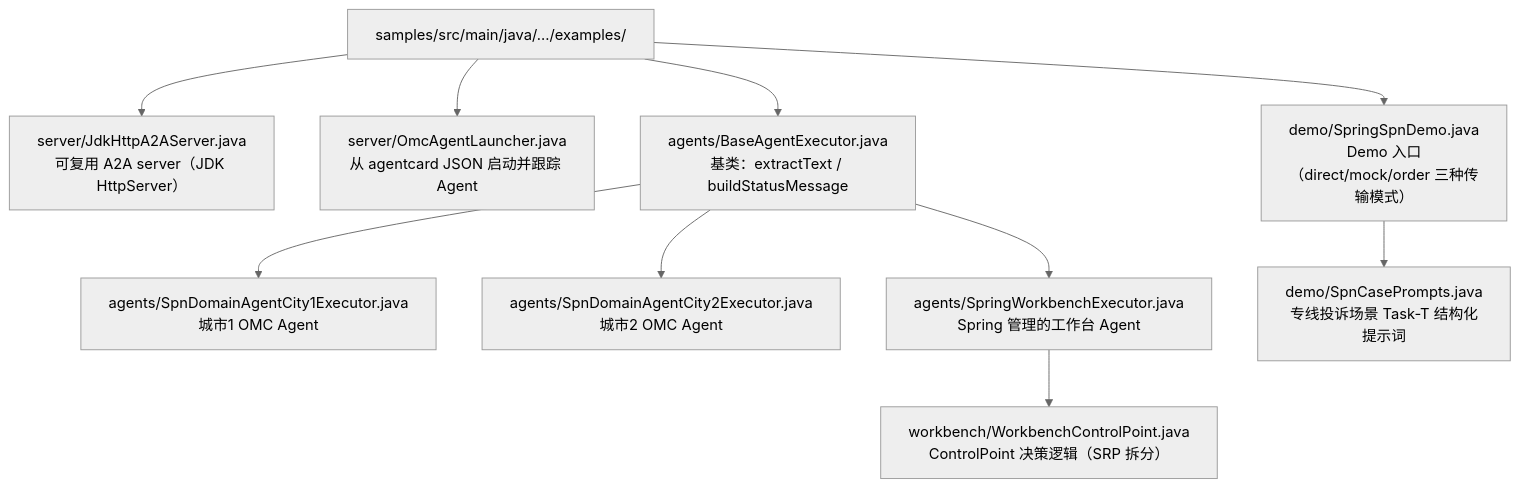
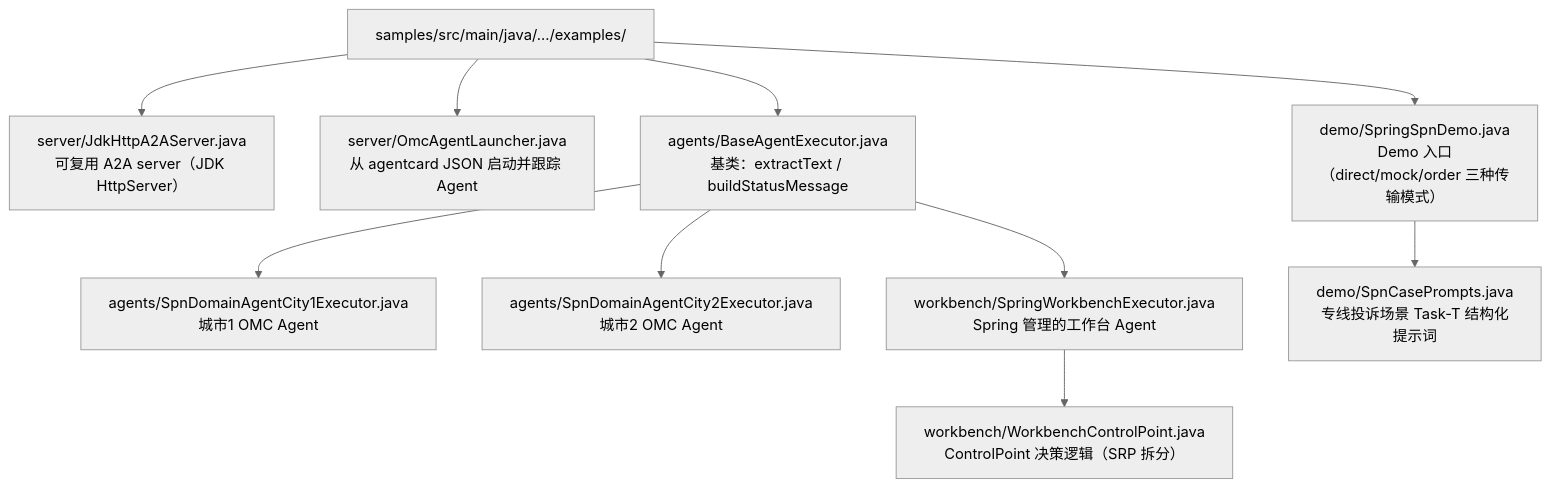
The diagram in samples/DESIGN-NOTES.md (Zhoujie628/workflow-engine-sdk-java), drawn with Mermaid (neutral theme) before and after one commit. The commit also changed 3 other files, not shown here.

First line of the commit message:
refactor(samples): move SpringWorkbenchExecutor to the workbench package

````diff
--- a/samples/DESIGN-NOTES.md
+++ b/samples/DESIGN-NOTES.md
@@ -18,18 +18,18 @@
 ```mermaid
 graph TD
     root["samples/src/main/java/.../examples/"]
     srv["server/JdkHttpA2AServer.java<br/>可复用 A2A server（JDK HttpServer）"]
     launch["server/OmcAgentLauncher.java<br/>从 agentcard JSON 启动并跟踪 Agent"]
     base["agents/BaseAgentExecutor.java<br/>基类：extractText / buildStatusMessage"]
     spn1["agents/SpnDomainAgentCity1Executor.java<br/>城市1 OMC Agent"]
     spn2["agents/SpnDomainAgentCity2Executor.java<br/>城市2 OMC Agent"]
-    wb["agents/SpringWorkbenchExecutor.java<br/>Spring 管理的工作台 Agent"]
+    wb["workbench/SpringWorkbenchExecutor.java<br/>Spring 管理的工作台 Agent"]
     cp["workbench/WorkbenchControlPoint.java<br/>ControlPoint 决策逻辑（SRP 拆分）"]
     prompts["demo/SpnCasePrompts.java<br/>专线投诉场景 Task-T 结构化提示词"]
     demo["demo/SpringSpnDemo.java<br/>Demo 入口（direct/mock/order 三种传输模式）"]
 
     root --> srv & launch & base & demo
     base --> spn1 & spn2 & wb
     demo --> prompts
     wb --> cp
 ```
````
